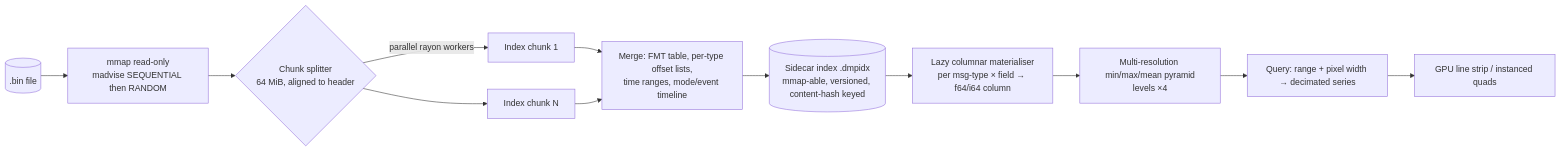
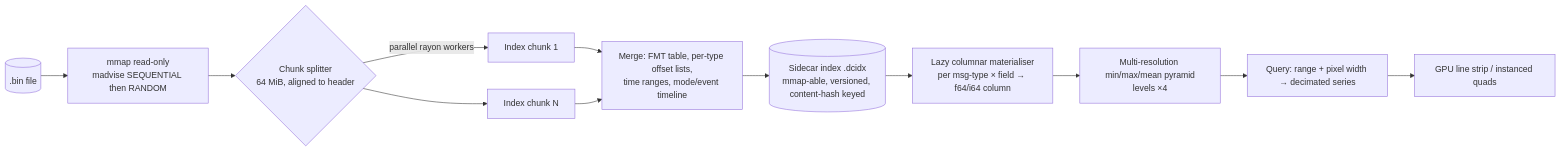
The diagram in docs/plan/05-telemetry-log-analytics.md (djdanou-cloud/drorcontrol), drawn with Mermaid before and after one commit. The commit also changed 8 other files, not shown here.

````diff
--- a/docs/plan/05-telemetry-log-analytics.md
+++ b/docs/plan/05-telemetry-log-analytics.md
@@ -12,13 +12,13 @@
 ```mermaid
 flowchart LR
   F[(.bin file)] --> M[mmap read-only<br/>madvise SEQUENTIAL then RANDOM]
   M --> S{Chunk splitter<br/>64 MiB, aligned to header}
   S -->|parallel rayon workers| I1[Index chunk 1]
   S --> I2[Index chunk N]
   I1 & I2 --> MERGE[Merge: FMT table, per-type offset lists,<br/>time ranges, mode/event timeline]
-  MERGE --> IDX[(Sidecar index .dmpidx<br/>mmap-able, versioned, content-hash keyed)]
+  MERGE --> IDX[(Sidecar index .dcidx<br/>mmap-able, versioned, content-hash keyed)]
   IDX --> COL[Lazy columnar materialiser<br/>per msg-type × field → f64/i64 column]
   COL --> PYR[Multi-resolution min/max/mean pyramid<br/>levels ×4]
   PYR --> Q[Query: range + pixel width → decimated series]
   Q --> GPU[GPU line strip / instanced quads]
 ```
````
